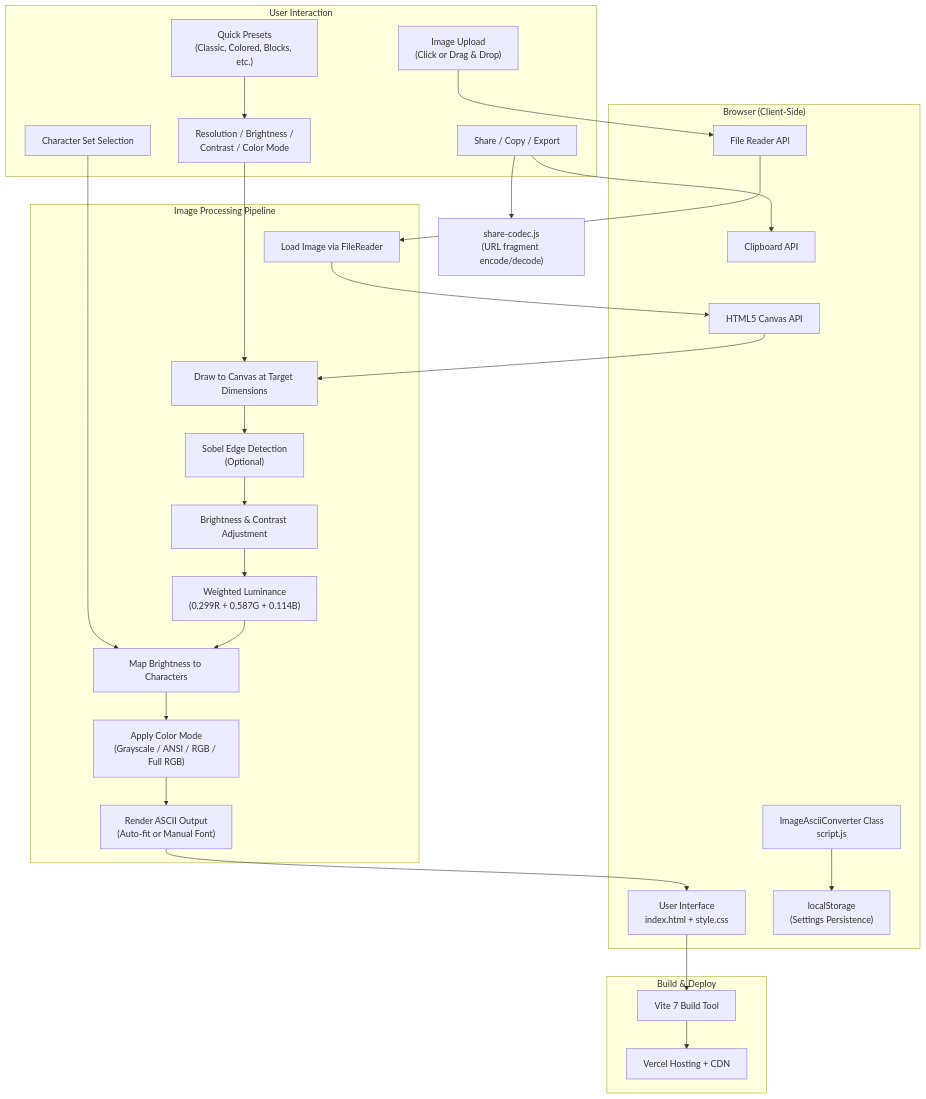
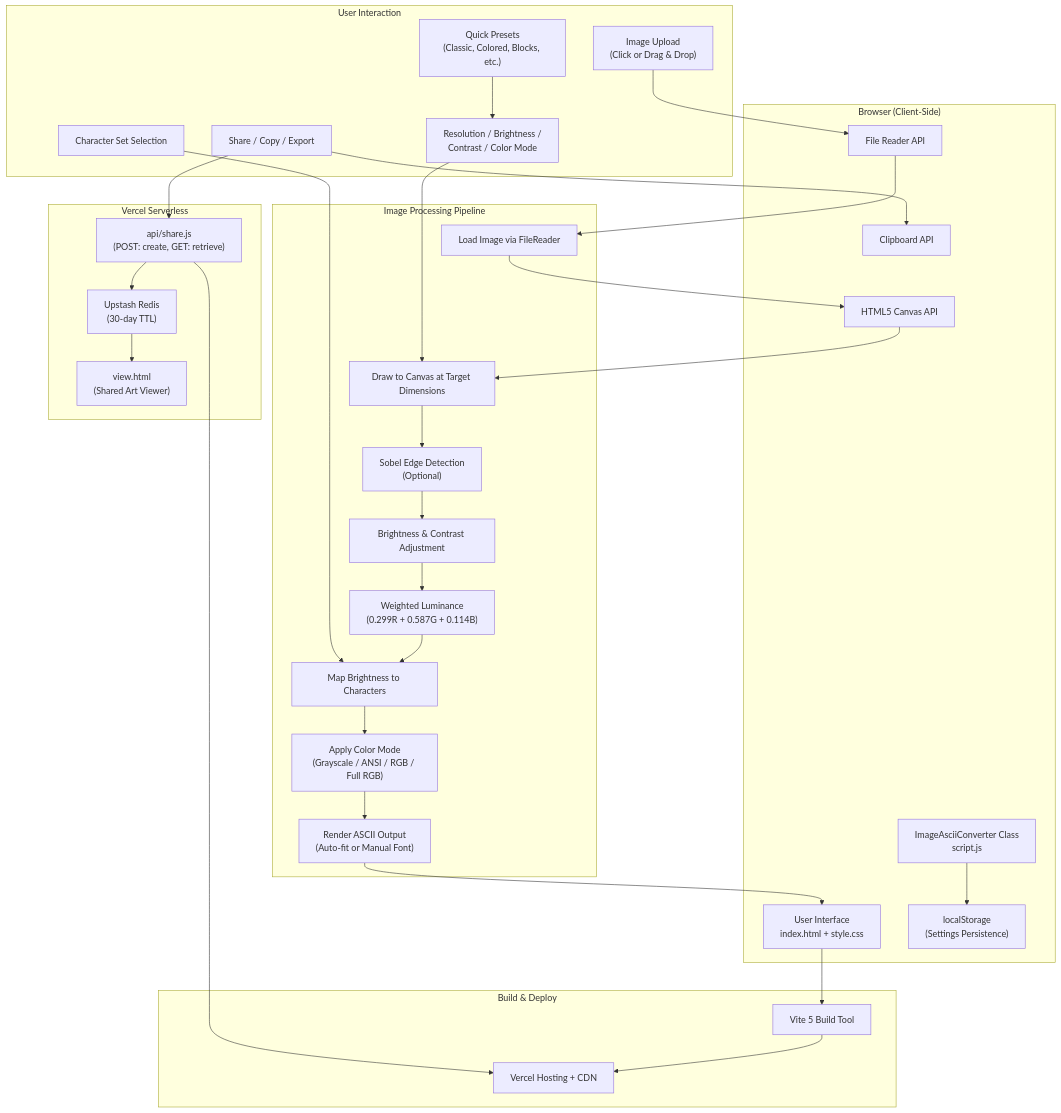
One commit to Technical-1/Image-To-Ascii-Vite changed the first of 2 diagrams in .portfolio/architecture.md. Above: the diagram before and after it, drawn with Mermaid. The commit also changed other lines of this file and 22 other files, not shown here.

````diff
--- a/.portfolio/architecture.md
+++ b/.portfolio/architecture.md
@@ -5,58 +5,65 @@
 ```mermaid
 flowchart TB
     subgraph Client["Browser (Client-Side)"]
         UI["User Interface<br/>index.html + style.css"]
         Converter["ImageAsciiConverter Class<br/>script.js"]
         Canvas["HTML5 Canvas API"]
         FileAPI["File Reader API"]
         Clipboard["Clipboard API"]
         Storage["localStorage<br/>(Settings Persistence)"]
     end
 
     subgraph UserInteraction["User Interaction"]
         Upload["Image Upload<br/>(Click or Drag & Drop)"]
         Controls["Resolution / Brightness /<br/>Contrast / Color Mode"]
         CharSet["Character Set Selection"]
         Presets["Quick Presets<br/>(Classic, Colored, Blocks, etc.)"]
         Actions["Share / Copy / Export"]
     end
 
     subgraph Processing["Image Processing Pipeline"]
         Load["Load Image via FileReader"]
         Resize["Draw to Canvas at Target Dimensions"]
         Edge["Sobel Edge Detection<br/>(Optional)"]
         BrightContrast["Brightness & Contrast Adjustment"]
         Grayscale["Weighted Luminance<br/>(0.299R + 0.587G + 0.114B)"]
         Map["Map Brightness to Characters"]
         Colorize["Apply Color Mode<br/>(Grayscale / ANSI / RGB / Full RGB)"]
         Render["Render ASCII Output<br/>(Auto-fit or Manual Font)"]
     end
 
-    ShareCodec["share-codec.js<br/>(URL fragment encode/decode)"]
+    subgraph Server["Vercel Serverless"]
+        ShareAPI["api/share.js<br/>(POST: create, GET: retrieve)"]
+        Redis["Upstash Redis<br/>(30-day TTL)"]
+        ViewPage["view.html<br/>(Shared Art Viewer)"]
+    end
 
     Upload --> FileAPI
     FileAPI --> Load
     Load --> Canvas
     Canvas --> Resize
     Controls --> Resize
     Resize --> Edge
     Edge --> BrightContrast
     BrightContrast --> Grayscale
     Grayscale --> Map
     CharSet --> Map
     Presets --> Controls
     Map --> Colorize
     Colorize --> Render
     Render --> UI
     Actions --> Clipboard
-    Actions --> ShareCodec
+    Actions --> ShareAPI
+    ShareAPI --> Redis
+    Redis --> ViewPage
     Converter --> Storage
 
     subgraph Build["Build & Deploy"]
-        Vite["Vite 7 Build Tool"]
+        Vite["Vite 5 Build Tool"]
         Vercel["Vercel Hosting + CDN"]
     end
 
     UI --> Vite
     Vite --> Vercel
+    ShareAPI --> Vercel
 ```
````
